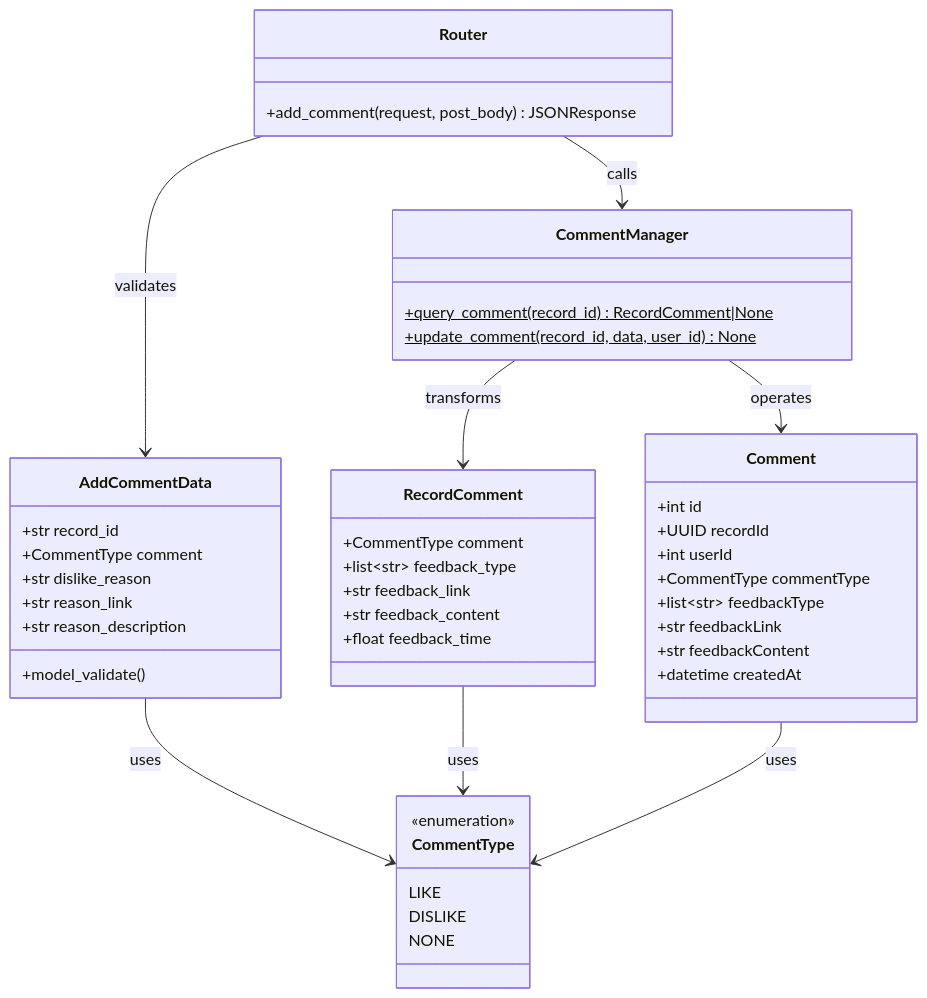
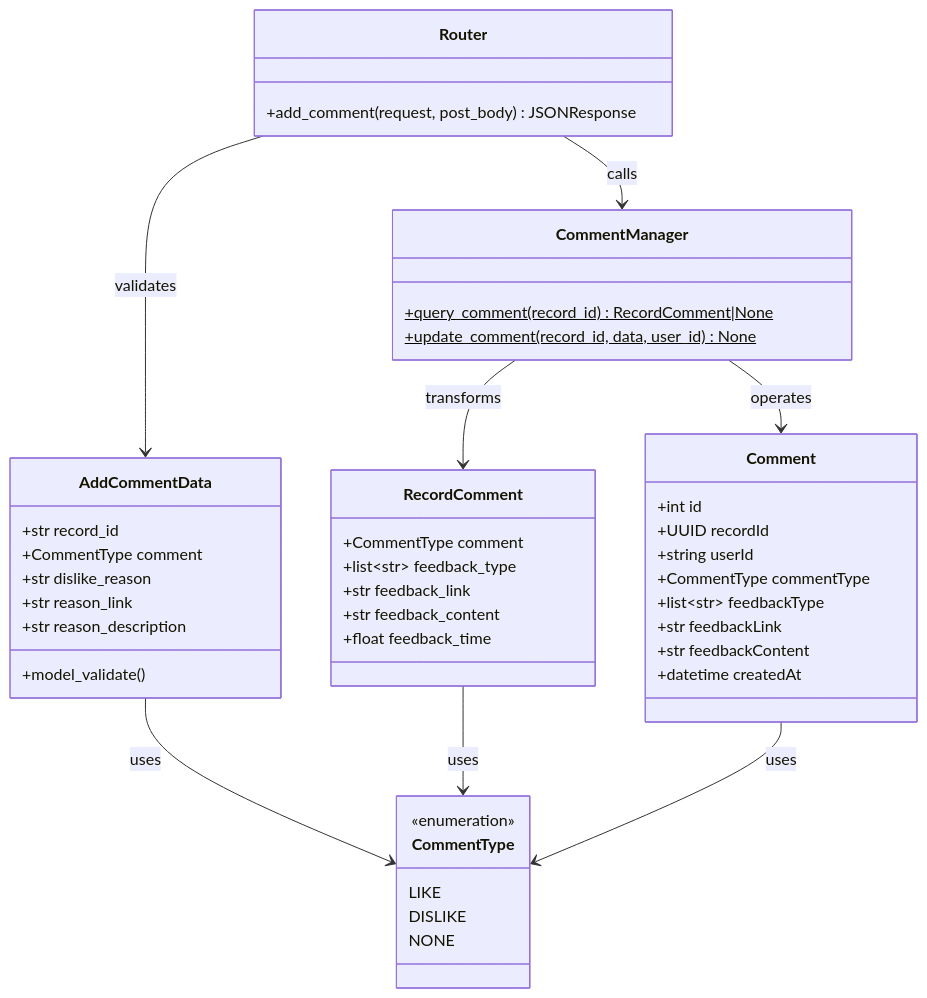
Before and after one commit to openeuler-mirror/euler-copilot-framework: the tenth of 11 diagrams in design/services/comment.md, drawn with Mermaid. The commit also changed other lines of this file and 18 other files, not shown here.

````diff
--- a/design/services/comment.md
+++ b/design/services/comment.md
@@ -297,54 +297,54 @@
 ```mermaid
 classDiagram
     class Comment {
         +int id
         +UUID recordId
-        +int userId
+        +string userId
         +CommentType commentType
         +list~str~ feedbackType
         +str feedbackLink
         +str feedbackContent
         +datetime createdAt
     }
 
     class CommentType {
         <<enumeration>>
         LIKE
         DISLIKE
         NONE
     }
 
     class AddCommentData {
         +str record_id
         +CommentType comment
         +str dislike_reason
         +str reason_link
         +str reason_description
         +model_validate()
     }
 
     class RecordComment {
         +CommentType comment
         +list~str~ feedback_type
         +str feedback_link
         +str feedback_content
         +float feedback_time
     }
 
     class CommentManager {
         +query_comment(record_id)$ RecordComment|None
         +update_comment(record_id, data, user_id)$ None
     }
 
     class Router {
         +add_comment(request, post_body) JSONResponse
     }
 
     Comment --> CommentType : uses
     AddCommentData --> CommentType : uses
     RecordComment --> CommentType : uses
     Router --> AddCommentData : validates
     Router --> CommentManager : calls
     CommentManager --> RecordComment : transforms
     CommentManager --> Comment : operates
 ```
````
